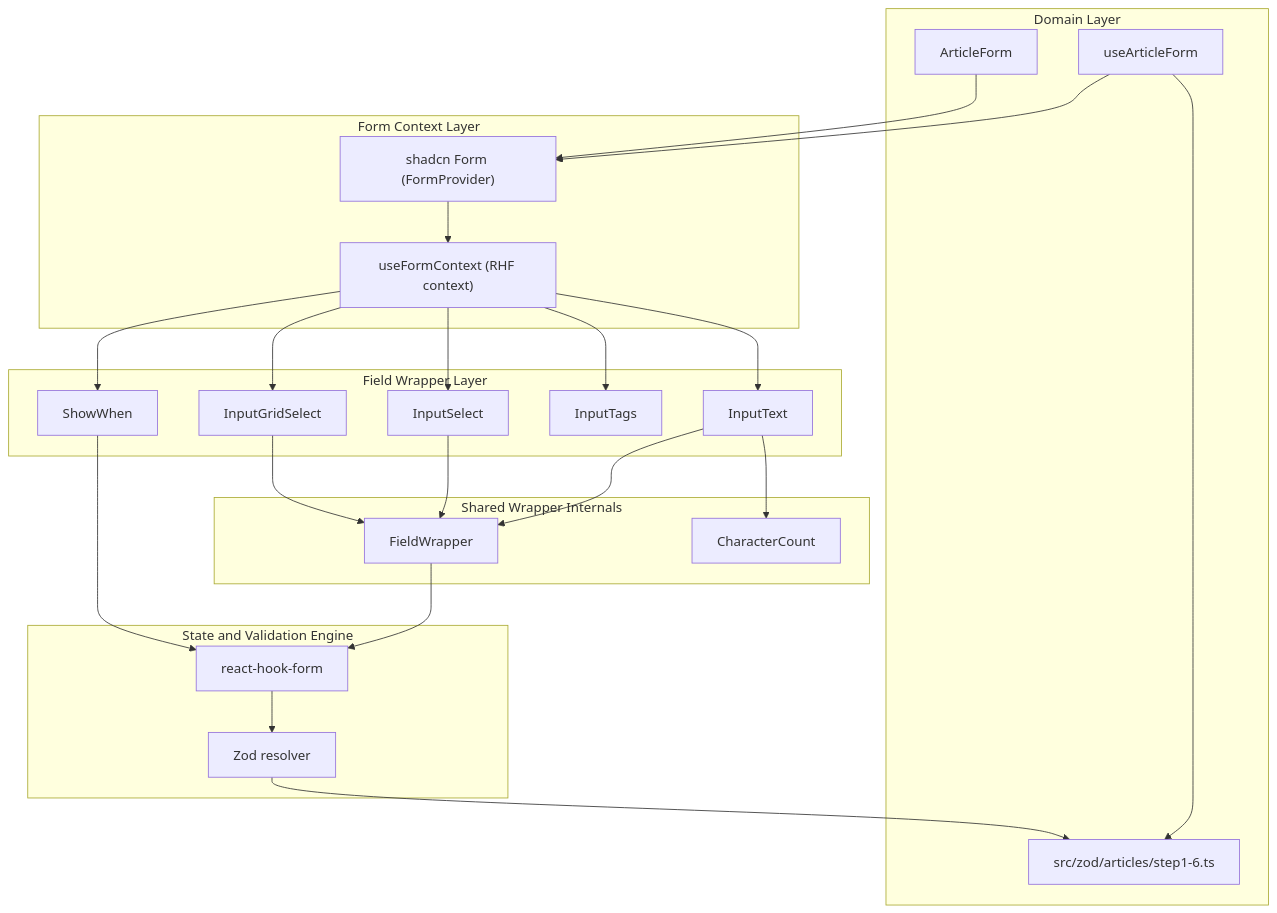
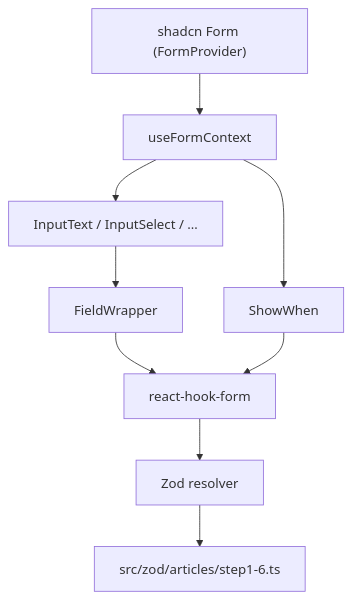
One commit to jackcasstlesjones/ozeaon-wiki changed the diagram in src/content/docs/design-system/forms-and-validation.md. Above: the diagram before and after it, drawn with Mermaid. The commit also changed other lines of this file and 2 other files, not shown here.

````diff
--- a/src/content/docs/design-system/forms-and-validation.md
+++ b/src/content/docs/design-system/forms-and-validation.md
@@ -58,49 +22,20 @@
 ```mermaid
 flowchart TD
-    subgraph sg_Domain["Domain Layer"]
-        ArticleForm["ArticleForm"]
-        ArticleHook["useArticleForm"]
-        StepSchemas["src/zod/articles/step1-6.ts"]
-    end
+    Form["shadcn Form (FormProvider)"]
+    FormContext["useFormContext"]
+    InputText["InputText / InputSelect / …"]
+    FieldWrapper["FieldWrapper"]
+    ShowWhen["ShowWhen"]
+    RHF["react-hook-form"]
+    Resolver["Zod resolver"]
+    Schemas["src/zod/articles/step1-6.ts"]
 
-    subgraph sg_Provider["Form Context Layer"]
-        Form["shadcn Form (FormProvider)"]
-        FormContext["useFormContext (RHF context)"]
-    end
-
-    subgraph sg_Wrappers["Field Wrapper Layer"]
-        InputText["InputText"]
-        InputSelect["InputSelect"]
-        InputGridSelect["InputGridSelect"]
-        InputTags["InputTags"]
-        ShowWhen["ShowWhen"]
-    end
-
-    subgraph sg_Shared["Shared Wrapper Internals"]
-        FieldWrapper["FieldWrapper"]
-        CharacterCount["CharacterCount"]
-    end
-
-    subgraph sg_Engine["State and Validation Engine"]
-        RHF["react-hook-form"]
-        Resolver["Zod resolver"]
-    end
-
-    ArticleHook --> StepSchemas
-    ArticleHook --> Form
-    ArticleForm --> Form
     Form --> FormContext
     FormContext --> InputText
-    FormContext --> InputSelect
-    FormContext --> InputGridSelect
-    FormContext --> InputTags
     FormContext --> ShowWhen
     InputText --> FieldWrapper
-    InputSelect --> FieldWrapper
-    InputGridSelect --> FieldWrapper
-    InputText --> CharacterCount
     FieldWrapper --> RHF
     ShowWhen --> RHF
     RHF --> Resolver
-    Resolver --> StepSchemas
+    Resolver --> Schemas
 ```
````
